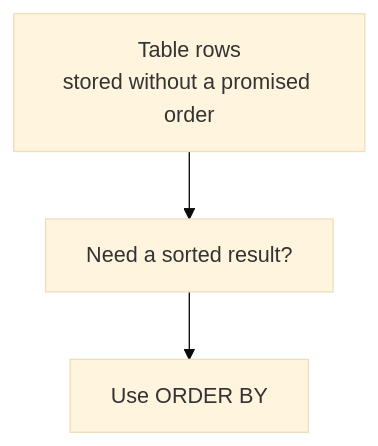
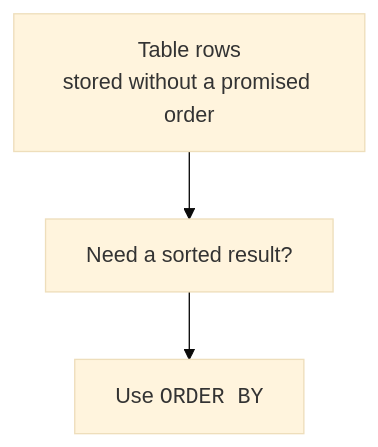
One commit to dataslope/dataslope changed the sixth of 6 diagrams in content/courses/sqlite-for-beginners/tables-rows-columns.mdx. Above: the diagram before and after it, drawn with Mermaid (base theme). The commit also changed other lines of this file and 52 other files, not shown here.

First line of the commit message:
Set SQL keywords in mermaid labels as code, and 10 more breakdowns

````diff
--- a/content/courses/sqlite-for-beginners/tables-rows-columns.mdx
+++ b/content/courses/sqlite-for-beginners/tables-rows-columns.mdx
@@ -218,5 +218,5 @@
 ```mermaid
 flowchart TD
     TABLE["Table rows<br/>stored without a promised order"] --> QUERY["Need a sorted result?"]
-    QUERY --> ORDER["Use ORDER BY"]
+    QUERY --> ORDER["Use <code>ORDER BY</code>"]
 ```
````
